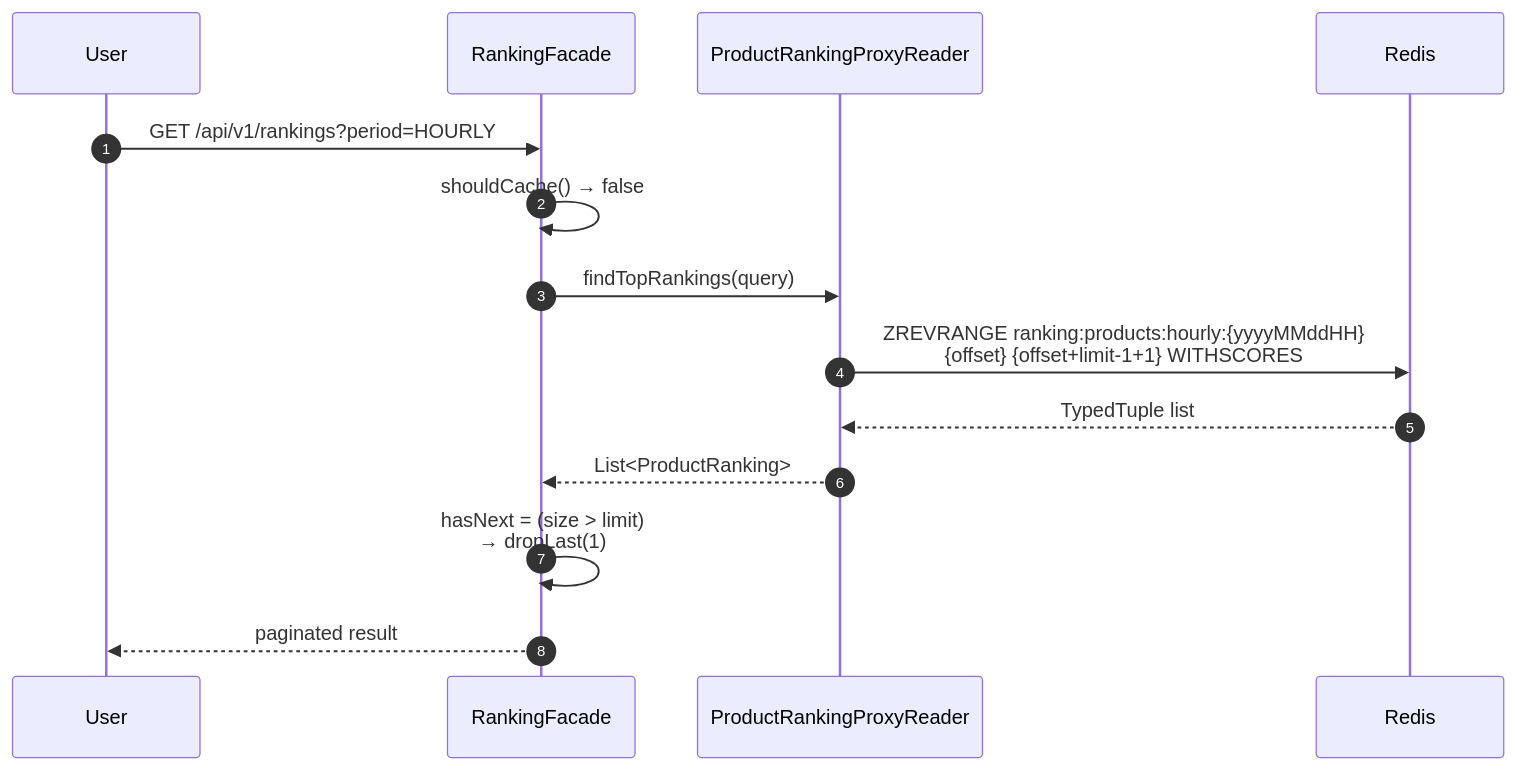
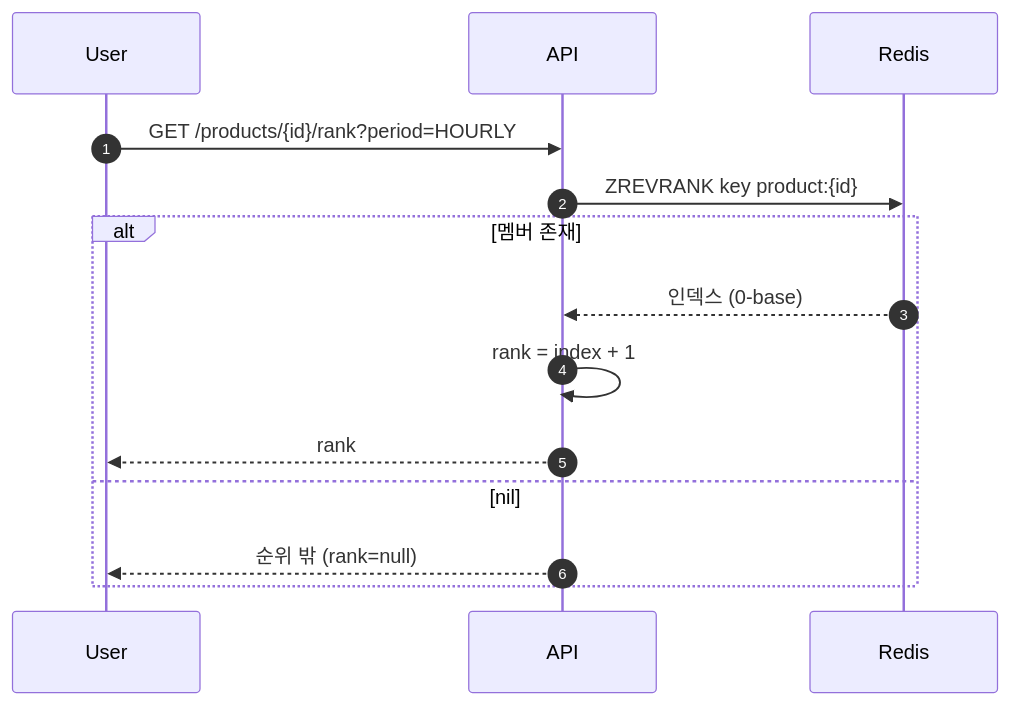
One commit to eu-ssya/redis-for-developers changed the seventh of 8 diagrams in 퉁그리/[3주차]레디스 자료 구조 활용 사례.md. Above: the diagram before and after it, drawn with Mermaid. The commit also changed other lines of this file, not shown here.

````diff
--- a/퉁그리/[3주차]레디스 자료 구조 활용 사례.md
+++ b/퉁그리/[3주차]레디스 자료 구조 활용 사례.md
@@ -228,17 +271,17 @@
 ```mermaid
 sequenceDiagram
     autonumber
     participant U as User
-    participant F as RankingFacade
-    participant Reader as ProductRankingProxyReader
-    participant Redis
+    participant API
+    participant R as Redis
 
-    U->>F: GET /api/v1/rankings?period=HOURLY
-    F->>F: shouldCache() → false
-    F->>Reader: findTopRankings(query)
-    Reader->>Redis: ZREVRANGE ranking:products:hourly:{yyyyMMddHH}<br/>{offset} {offset+limit-1+1} WITHSCORES
-    Redis-->>Reader: TypedTuple list
-    Reader-->>F: List<ProductRanking>
-    F->>F: hasNext = (size > limit)<br/>→ dropLast(1)
-    F-->>U: paginated result
+    U->>API: GET /products/{id}/rank?period=HOURLY
+    API->>R: ZREVRANK key product:{id}
+    alt 멤버 존재
+        R-->>API: 인덱스 (0-base)
+        API->>API: rank = index + 1
+        API-->>U: rank
+    else nil
+        API-->>U: 순위 밖 (rank=null)
+    end
 ```
````
